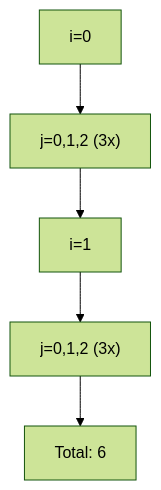
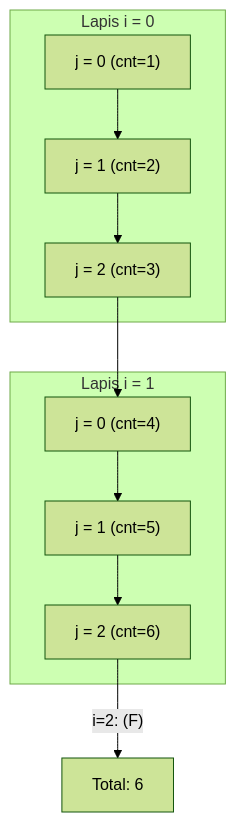
Before and after one commit to amnahwaida/OSNK_INF_PREP: the first of 10 diagrams in part-c-pemahaman-cpp/03-perulangan/latihan/set-02.md, drawn with Mermaid (forest theme). The commit also changed other lines of this file and 30 other files, not shown here.

Commit message:
✨ Premium Overhaul: Modul 05 (Rekursi) & 06 (Bitwise) - 100 soal baru dengan Mermaid Call Stack & Bit-Grid diagrams

````diff
--- a/part-c-pemahaman-cpp/03-perulangan/latihan/set-02.md
+++ b/part-c-pemahaman-cpp/03-perulangan/latihan/set-02.md
@@ -27,7 +27,11 @@
 ```mermaid
 graph TD
-A["i=0"] --> B["j=0,1,2 (3x)"]
-B --> C["i=1"]
-C --> D["j=0,1,2 (3x)"]
-D --> E["Total: 6"]
+subgraph "Lapis i = 0"
+A1["j = 0 (cnt=1)"] --> A2["j = 1 (cnt=2)"] --> A3["j = 2 (cnt=3)"]
+end
+subgraph "Lapis i = 1"
+B1["j = 0 (cnt=4)"] --> B2["j = 1 (cnt=5)"] --> B3["j = 2 (cnt=6)"]
+end
+A3 --> B1
+B3 -- "i=2: (F)" --> End["Total: 6"]
 ```
````
